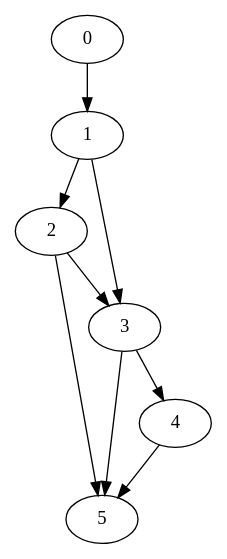
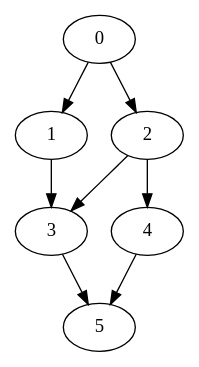
One commit to nox-x/finder changed the diagram in dot/graph06c.txt.dot. Above: the diagram before and after it, drawn with Graphviz. The commit also changed 23 other files, not shown here.

```diff
--- a/dot/graph06c.txt.dot
+++ b/dot/graph06c.txt.dot
@@ -1,8 +1,9 @@
 digraph G {
-2 -> 5
-0 -> 1 -> 2
+0 -> 1
+0 -> 2
 1 -> 3
-2 -> 3 -> 4
+2 -> 3
+2 -> 4
 3 -> 5
 4 -> 5
-5}
+}
```
